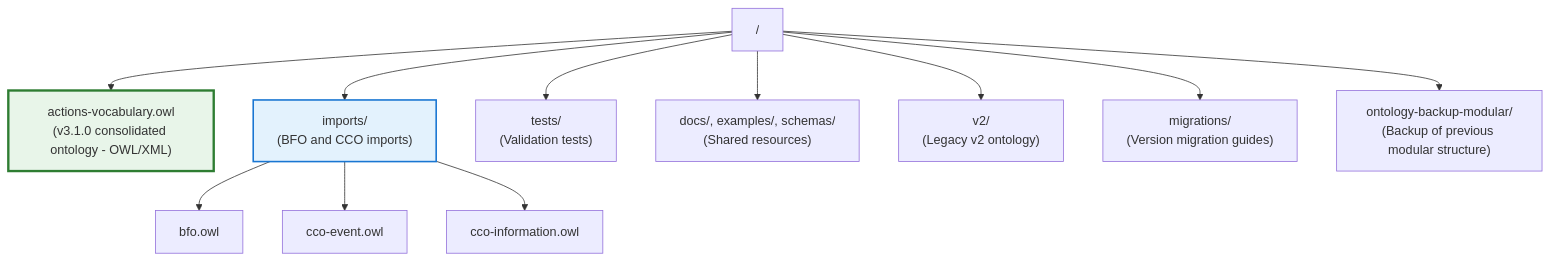
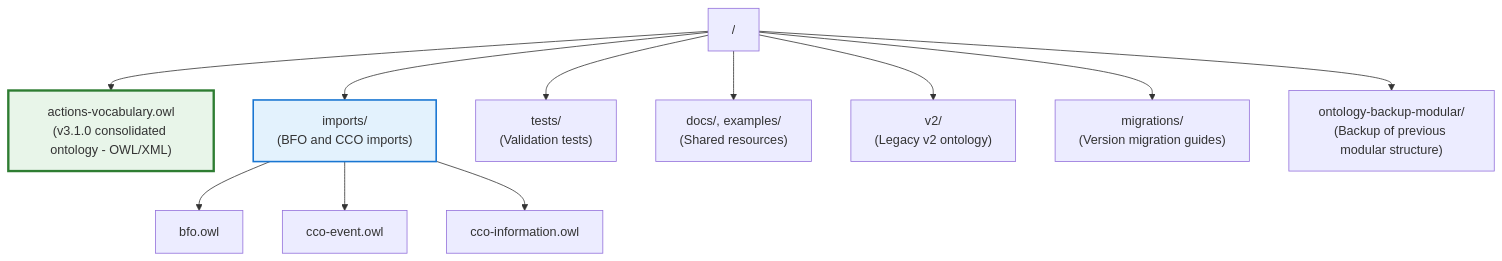
The diagram in README.md (ClearHeadToDo-Devs/ontology), drawn with Mermaid before and after one commit. The commit also changed other lines of this file and 12 other files, not shown here.

Commit message:
removing all evidence of schema generation for clarity

````diff
--- a/README.md
+++ b/README.md
@@ -138,28 +138,28 @@
 ```mermaid
 graph TB
     root["/"]
     owl["actions-vocabulary.owl<br/>(v3.1.0 consolidated ontology - OWL/XML)"]
     imports["imports/<br/>(BFO and CCO imports)"]
     bfo["bfo.owl"]
     cco_event["cco-event.owl"]
     cco_info["cco-information.owl"]
     tests["tests/<br/>(Validation tests)"]
-    docs["docs/, examples/, schemas/<br/>(Shared resources)"]
+    docs["docs/, examples/<br/>(Shared resources)"]
     v2["v2/<br/>(Legacy v2 ontology)"]
     migrations["migrations/<br/>(Version migration guides)"]
     backup["ontology-backup-modular/<br/>(Backup of previous modular structure)"]
 
     root --> owl
     root --> imports
     imports --> bfo
     imports --> cco_event
     imports --> cco_info
     root --> tests
     root --> docs
     root --> v2
     root --> migrations
     root --> backup
 
     style owl fill:#e8f5e9,stroke:#2e7d32,stroke-width:3px
     style imports fill:#e3f2fd,stroke:#1976d2,stroke-width:2px
 ```
````
